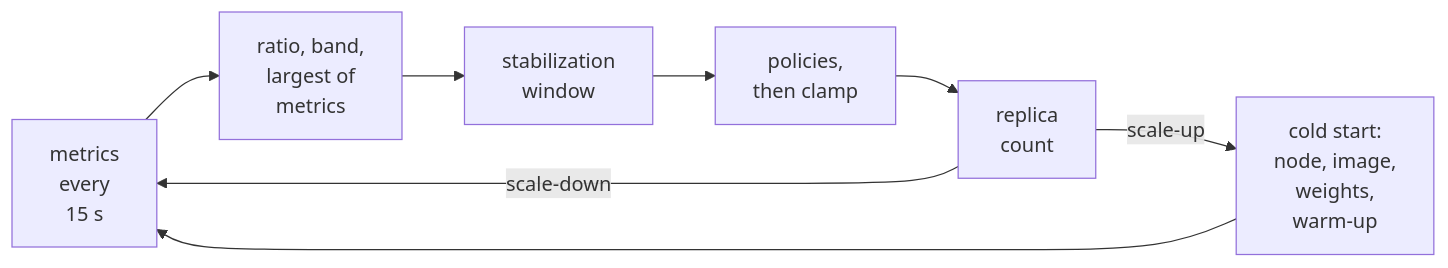
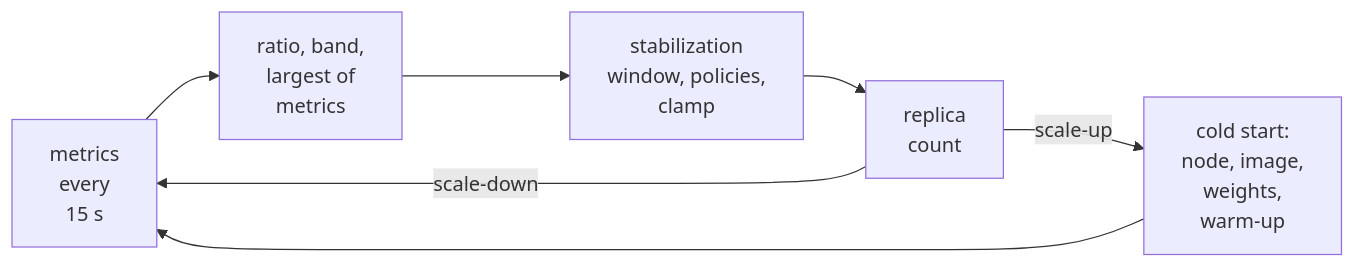
One commit to aniryou/full-stack-agentic-engineer changed the second of 3 diagrams in 05-orchestrator/serving-orchestration/PRIMER.md. Above: the diagram before and after it, drawn with Mermaid. The commit also changed other lines of this file and 211 other files, not shown here.

````diff
--- a/05-orchestrator/serving-orchestration/PRIMER.md
+++ b/05-orchestrator/serving-orchestration/PRIMER.md
@@ -462,10 +463,10 @@
 ```mermaid
 flowchart LR
+    accTitle: Every 15 s the HPA turns the metrics into a replica count, and a scale-up adds capacity only after the cold start.
     M["metrics<br/>every<br/>15 s"] --> R["ratio, band,<br/>largest of<br/>metrics"]
-    R --> S["stabilization<br/>window"]
-    S --> P["policies,<br/>then clamp"]
-    P --> N["replica<br/>count"]
+    R --> S["stabilization<br/>window, policies,<br/>clamp"]
+    S --> N["replica<br/>count"]
     N -- "scale-up" --> K["cold start:<br/>node, image,<br/>weights,<br/>warm-up"]
     K --> M
     N -- "scale-down" --> M
 ```
````
